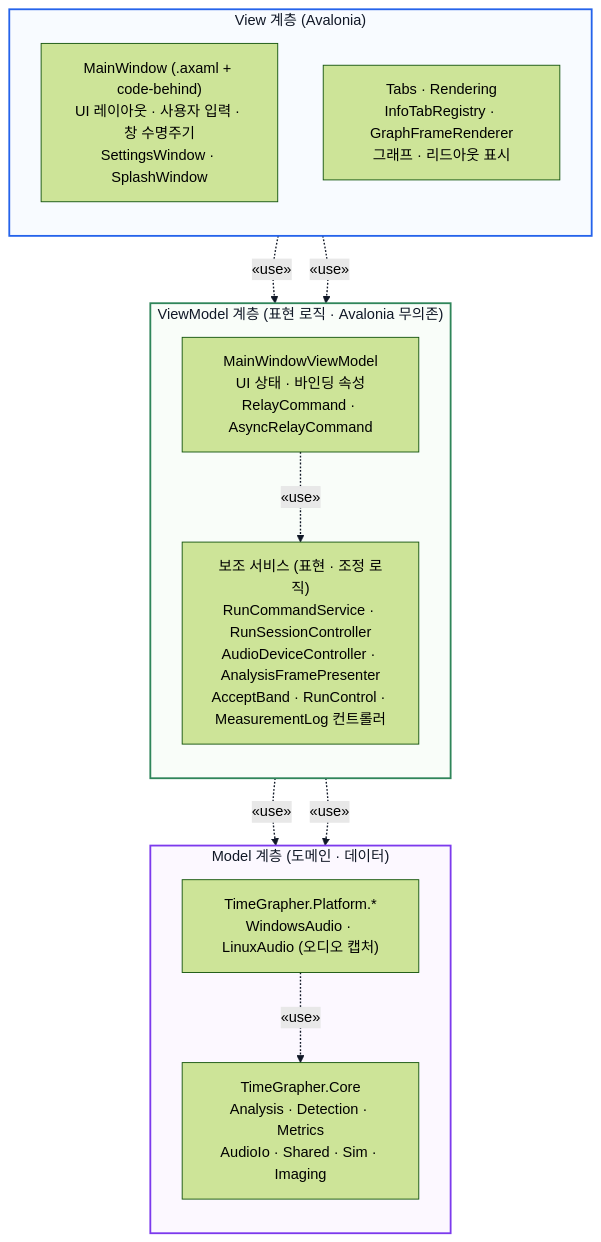
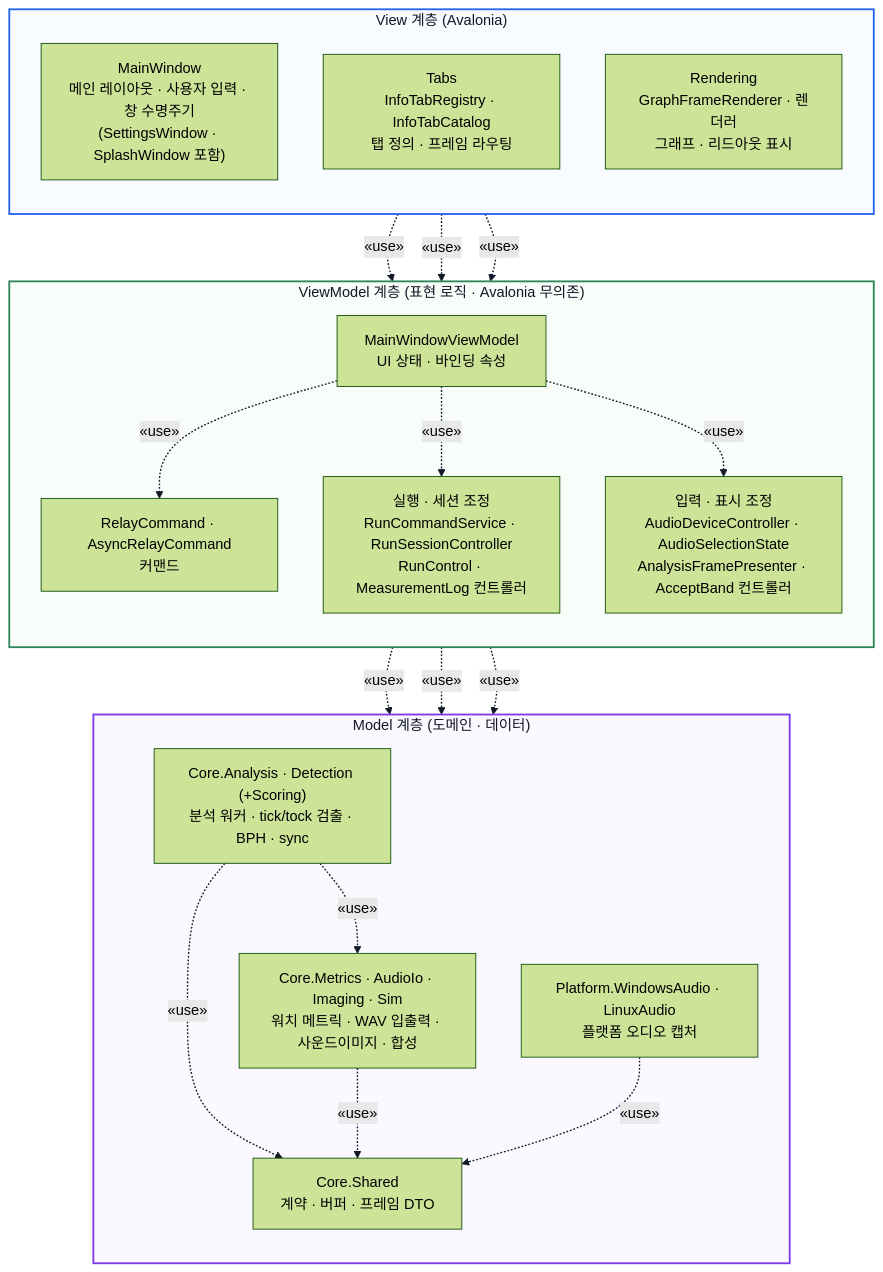
One commit to Jae-hong-5/TimeGrapher-Net changed the diagram in docs/for-ai/MVVM_VIEW_ARCHITECTURE.md. Above: the diagram before and after it, drawn with Mermaid (forest theme). The commit also changed other lines of this file, not shown here.

Commit message:
docs(for-ai): subdivide each MVVM layer into its sub-groupings
[en] Break each layer of the dependency view into finer sub-nodes while keeping
the single View -> ViewModel -> Model direction. View splits into windows / tabs
/ rendering; ViewModel into view-model+commands / run-session coordination /
input-display coordination; Model into analysis-detection / support modules /
shared+platform. Add the matching grouped rows to the responsibility table and
note Core.Shared as the contract base and Core.Analysis as the hub. Still the
presentation ideal, not the exhaustive class graph.

[ko] 의존성 뷰의 각 계층을 더 잘게 나누되 View -> ViewModel -> Model 단일 방향은
유지한다. View는 창/탭/렌더링, ViewModel은 뷰모델+커맨드/실행-세션 조정/입력-표시 조정,
Model은 분석-검출/지원 모듈/Shared+Platform으로 나눈다. 책임 표에 묶음 행을 맞춰 넣고
Core.Shared가 계약 기반, Core.Analysis가 허브임을 적는다. 여전히 발표용 이상형이며 전수
클래스 그래프가 아니다.

````diff
--- a/docs/for-ai/MVVM_VIEW_ARCHITECTURE.md
+++ b/docs/for-ai/MVVM_VIEW_ARCHITECTURE.md
@@ -13,32 +13,47 @@
 ```mermaid
 flowchart TB
     subgraph ViewLayer["View 계층 (Avalonia)"]
         direction TB
-        MainView["MainWindow (.axaml + code-behind)<br/>UI 레이아웃 · 사용자 입력 · 창 수명주기<br/>SettingsWindow · SplashWindow"]
-        TabsRender["Tabs · Rendering<br/>InfoTabRegistry · GraphFrameRenderer<br/>그래프 · 리드아웃 표시"]
+        MainWindow["MainWindow<br/>메인 레이아웃 · 사용자 입력 · 창 수명주기<br/>(SettingsWindow · SplashWindow 포함)"]
+        Tabs["Tabs<br/>InfoTabRegistry · InfoTabCatalog<br/>탭 정의 · 프레임 라우팅"]
+        Rendering["Rendering<br/>GraphFrameRenderer · 렌더러<br/>그래프 · 리드아웃 표시"]
     end
 
     subgraph ViewModelLayer["ViewModel 계층 (표현 로직 · Avalonia 무의존)"]
         direction TB
-        MainVM["MainWindowViewModel<br/>UI 상태 · 바인딩 속성<br/>RelayCommand · AsyncRelayCommand"]
-        Services["보조 서비스 (표현 · 조정 로직)<br/>RunCommandService · RunSessionController<br/>AudioDeviceController · AnalysisFramePresenter<br/>AcceptBand · RunControl · MeasurementLog 컨트롤러"]
+        MainVM["MainWindowViewModel<br/>UI 상태 · 바인딩 속성"]
+        Commands["RelayCommand · AsyncRelayCommand<br/>커맨드"]
+        RunServices["실행 · 세션 조정<br/>RunCommandService · RunSessionController<br/>RunControl · MeasurementLog 컨트롤러"]
+        IOServices["입력 · 표시 조정<br/>AudioDeviceController · AudioSelectionState<br/>AnalysisFramePresenter · AcceptBand 컨트롤러"]
     end
 
     subgraph ModelLayer["Model 계층 (도메인 · 데이터)"]
         direction TB
-        Core["TimeGrapher.Core<br/>Analysis · Detection · Metrics<br/>AudioIo · Shared · Sim · Imaging"]
-        Platform["TimeGrapher.Platform.*<br/>WindowsAudio · LinuxAudio (오디오 캡처)"]
+        AnalysisDetection["Core.Analysis · Detection (+Scoring)<br/>분석 워커 · tick/tock 검출 · BPH · sync"]
+        Support["Core.Metrics · AudioIo · Imaging · Sim<br/>워치 메트릭 · WAV 입출력 · 사운드이미지 · 합성"]
+        Shared["Core.Shared<br/>계약 · 버퍼 · 프레임 DTO"]
+        Platform["Platform.WindowsAudio · LinuxAudio<br/>플랫폼 오디오 캡처"]
     end
 
     style ViewLayer fill:#eaf2ff,fill-opacity:0.35,stroke:#2563eb,stroke-width:2px,color:#111827
     style ViewModelLayer fill:#edf8ee,fill-opacity:0.35,stroke:#2f855a,stroke-width:2px,color:#111827
     style ModelLayer fill:#f7ecff,fill-opacity:0.35,stroke:#7c3aed,stroke-width:2px,color:#111827
     linkStyle default stroke:#111827,stroke-width:1.5px
 
-    MainView -. "«use»" .-> MainVM
-    TabsRender -. "«use»" .-> MainVM
-    MainVM -. "«use»" .-> Services
-    MainVM -. "«use»" .-> Core
-    Services -. "«use»" .-> Core
-    Platform -. "«use»" .-> Core
+    MainWindow -. "«use»" .-> MainVM
+    Tabs -. "«use»" .-> MainVM
+    Rendering -. "«use»" .-> MainVM
+
+    MainVM -. "«use»" .-> Commands
+    MainVM -. "«use»" .-> RunServices
+    MainVM -. "«use»" .-> IOServices
+
+    MainVM -. "«use»" .-> Shared
+    RunServices -. "«use»" .-> AnalysisDetection
+    IOServices -. "«use»" .-> Support
+
+    AnalysisDetection -. "«use»" .-> Support
+    AnalysisDetection -. "«use»" .-> Shared
+    Support -. "«use»" .-> Shared
+    Platform -. "«use»" .-> Shared
 ```
````
